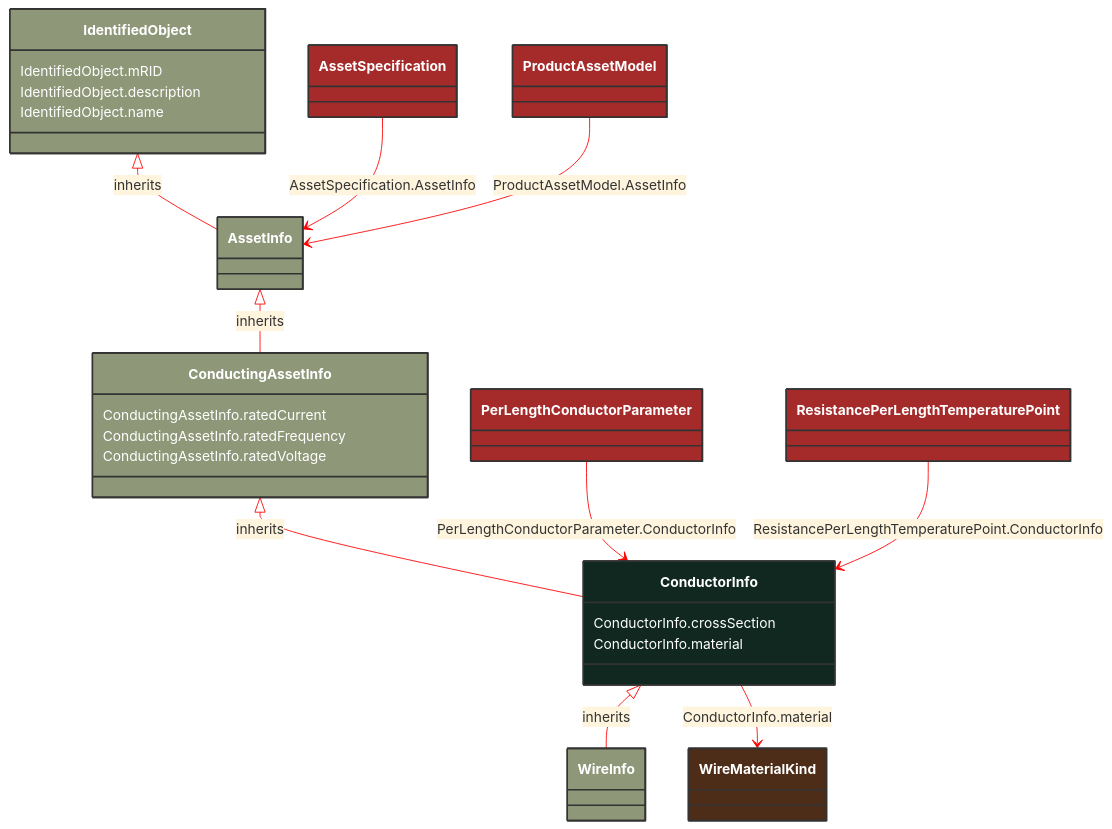
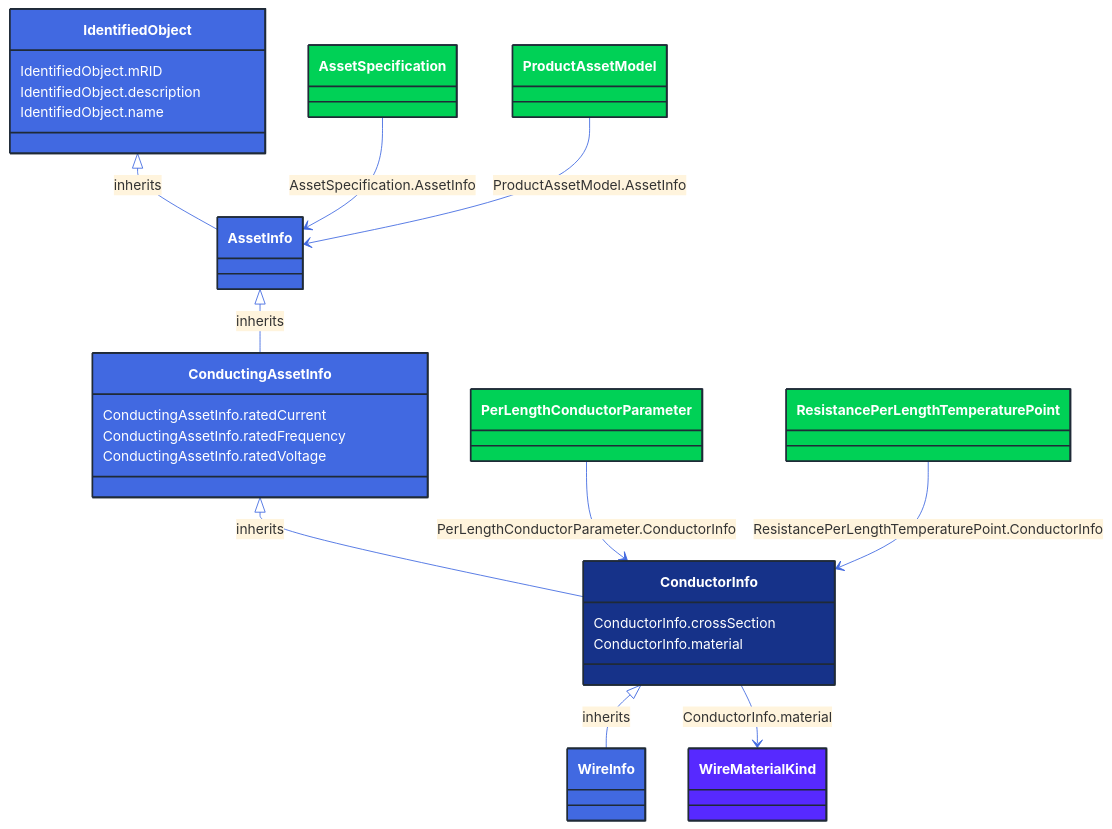
The diagram in docs/Models/Profiles/SubseaCableInfo/AbstractClasses/ConductorInfo.md (3lbits/NoCIMExtensions), drawn with Mermaid before and after one commit. The commit also changed 362 other files, not shown here.

First line of the commit message:
Update diagrams and styles for improved visual consistency

````diff
--- a/docs/Models/Profiles/SubseaCableInfo/AbstractClasses/ConductorInfo.md
+++ b/docs/Models/Profiles/SubseaCableInfo/AbstractClasses/ConductorInfo.md
@@ -10,65 +10,65 @@
 ```mermaid
-%%{init: {'theme':'base','themeVariables': {'lineColor': '#FF0000'}}}%%
+%%{init: {'theme':'base','themeVariables': {'lineColor': '#4169E1'}}}%%
 classDiagram
     class ConductorInfo
     click ConductorInfo href "/Models/Profiles/SubseaCableInfo/AbstractClasses/ConductorInfo/"
-    style ConductorInfo fill:#102820,stroke:#333,stroke-width:2px,rx:10,ry:10,color:white
+    style ConductorInfo fill:#163289,stroke:#1F2A37,stroke-width:2px,rx:10,ry:10,color:white
 
         ConductorInfo <|-- WireInfo : inherits
 
         WireInfo
             click WireInfo href "/Models/Profiles/SubseaCableInfo/AbstractClasses/WireInfo/"
-            style WireInfo fill:#8F9779,stroke:#333,stroke-width:2px,rx:10,ry:10,color:white
+            style WireInfo fill:#4169E1,stroke:#1F2A37,stroke-width:2px,rx:10,ry:10,color:white
      
         ConductingAssetInfo <|-- ConductorInfo : inherits
             click ConductingAssetInfo href "/Models/Profiles/SubseaCableInfo/AbstractClasses/ConductingAssetInfo/"
-            style ConductingAssetInfo fill:#8F9779,stroke:#333,stroke-width:2px,rx:10,ry:10,color:white
+            style ConductingAssetInfo fill:#4169E1,stroke:#1F2A37,stroke-width:2px,rx:10,ry:10,color:white
      
         AssetInfo <|-- ConductingAssetInfo : inherits
             click AssetInfo href "/Models/Profiles/SubseaCableInfo/AbstractClasses/AssetInfo/"
-            style AssetInfo fill:#8F9779,stroke:#333,stroke-width:2px,rx:10,ry:10,color:white
+            style AssetInfo fill:#4169E1,stroke:#1F2A37,stroke-width:2px,rx:10,ry:10,color:white
      
         IdentifiedObject <|-- AssetInfo : inherits
             click IdentifiedObject href "/Models/Profiles/SubseaCableInfo/AbstractClasses/IdentifiedObject/"
-            style IdentifiedObject fill:#8F9779,stroke:#333,stroke-width:2px,rx:10,ry:10,color:white
+            style IdentifiedObject fill:#4169E1,stroke:#1F2A37,stroke-width:2px,rx:10,ry:10,color:white
 
 
         AssetSpecification --> AssetInfo : AssetSpecification.AssetInfo
 
         AssetSpecification
             click AssetSpecification href "/Models/Profiles/SubseaCableInfo/ConcreteClasses/AssetSpecification/"
-            style AssetSpecification fill:#A52A2A,stroke:#333,stroke-width:2px,rx:10,ry:10,color:white
+            style AssetSpecification fill:#00D156,stroke:#1F2A37,stroke-width:2px,rx:10,ry:10,color:white
 
         PerLengthConductorParameter --> ConductorInfo : PerLengthConductorParameter.ConductorInfo
 
         PerLengthConductorParameter
             click PerLengthConductorParameter href "/Models/Profiles/SubseaCableInfo/AbstractClasses/PerLengthConductorParameter/"
-            style PerLengthConductorParameter fill:#A52A2A,stroke:#333,stroke-width:2px,rx:10,ry:10,color:white
+            style PerLengthConductorParameter fill:#00D156,stroke:#1F2A37,stroke-width:2px,rx:10,ry:10,color:white
 
         ProductAssetModel --> AssetInfo : ProductAssetModel.AssetInfo
 
         ProductAssetModel
             click ProductAssetModel href "/Models/Profiles/SubseaCableInfo/ConcreteClasses/ProductAssetModel/"
-            style ProductAssetModel fill:#A52A2A,stroke:#333,stroke-width:2px,rx:10,ry:10,color:white
+            style ProductAssetModel fill:#00D156,stroke:#1F2A37,stroke-width:2px,rx:10,ry:10,color:white
 
         ResistancePerLengthTemperaturePoint --> ConductorInfo : ResistancePerLengthTemperaturePoint.ConductorInfo
 
         ResistancePerLengthTemperaturePoint
             click ResistancePerLengthTemperaturePoint href "/Models/Profiles/SubseaCableInfo/ConcreteClasses/ResistancePerLengthTemperaturePoint/"
-            style ResistancePerLengthTemperaturePoint fill:#A52A2A,stroke:#333,stroke-width:2px,rx:10,ry:10,color:white
+            style ResistancePerLengthTemperaturePoint fill:#00D156,stroke:#1F2A37,stroke-width:2px,rx:10,ry:10,color:white
 
         ConductorInfo --> WireMaterialKind : ConductorInfo.material
 
         WireMaterialKind
             click WireMaterialKind href "/Models/Profiles/SubseaCableInfo/Enumerations/WireMaterialKind/"
-            style WireMaterialKind fill:#4D2D18,stroke:#333,stroke-width:2px,rx:10,ry:10,color:white
+            style WireMaterialKind fill:#5729FF,stroke:#1F2A37,stroke-width:2px,rx:10,ry:10,color:white
 
         ConductorInfo : ConductorInfo.crossSection
         ConductorInfo : ConductorInfo.material
         ConductingAssetInfo : ConductingAssetInfo.ratedCurrent
         ConductingAssetInfo : ConductingAssetInfo.ratedFrequency
         ConductingAssetInfo : ConductingAssetInfo.ratedVoltage
         IdentifiedObject : IdentifiedObject.mRID
         IdentifiedObject : IdentifiedObject.description
         IdentifiedObject : IdentifiedObject.name
 ```
````
